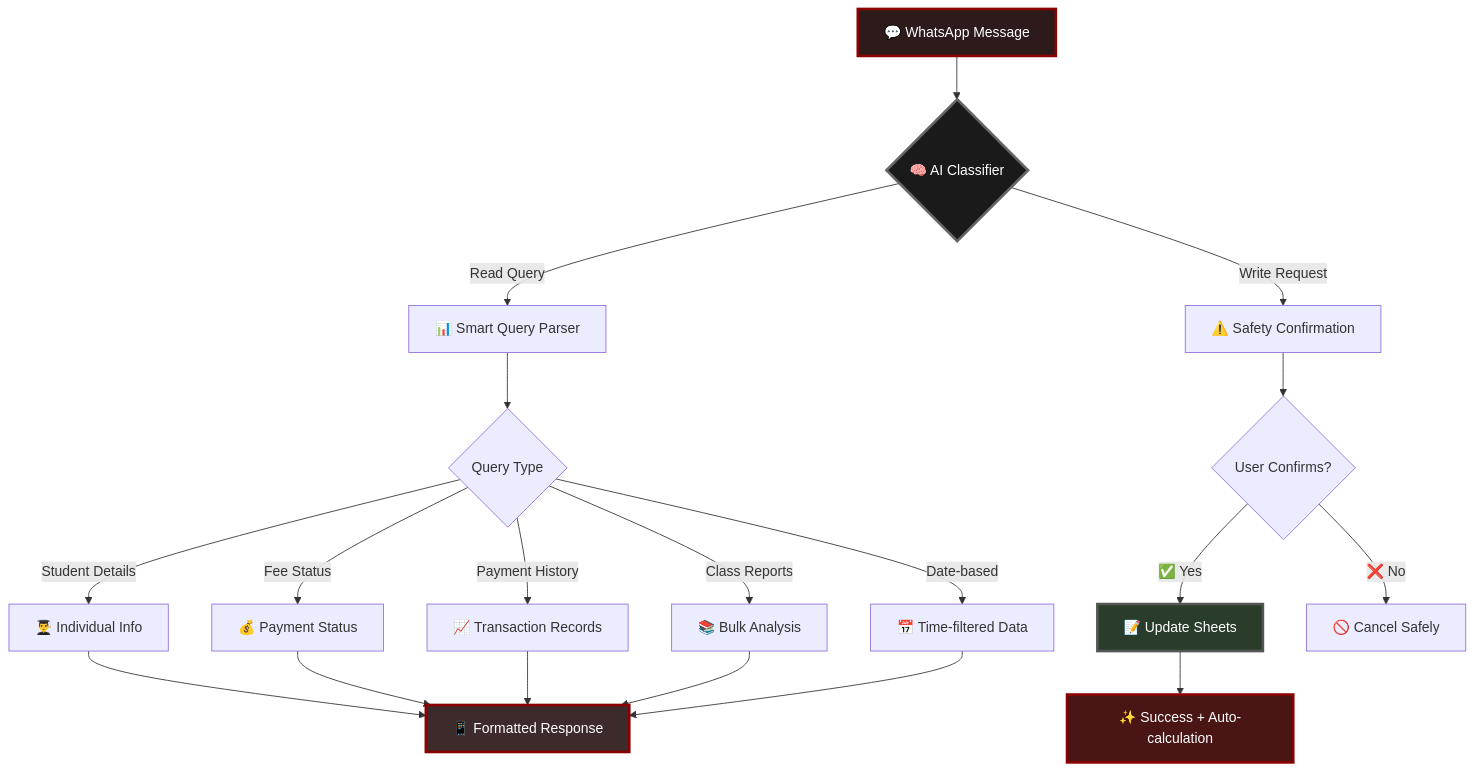
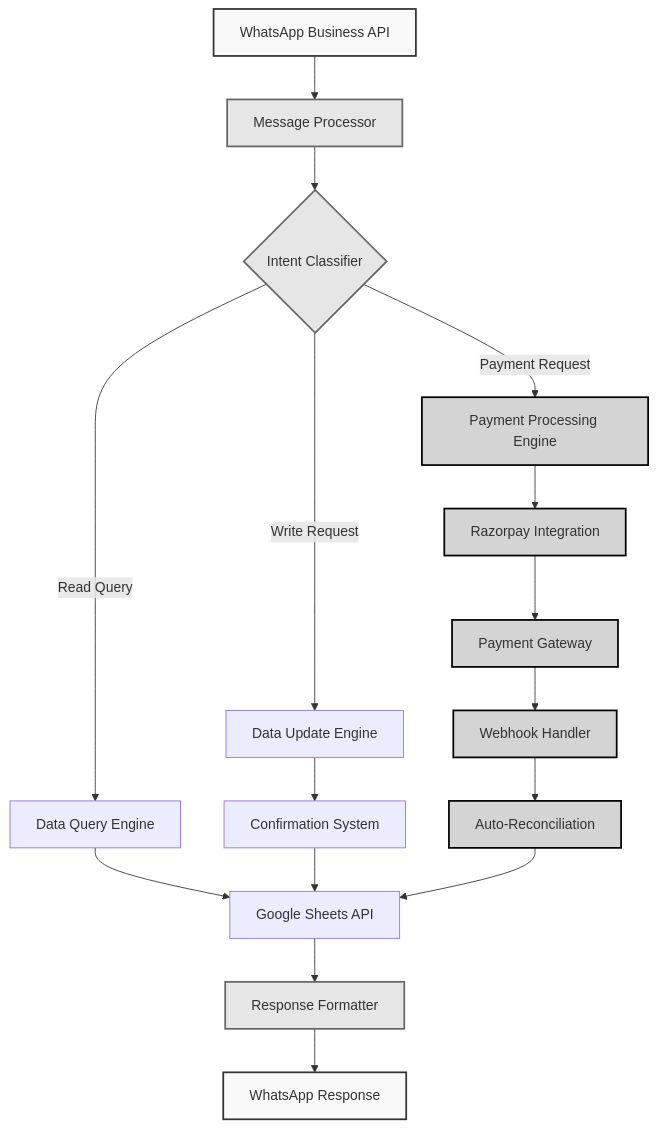
The first of 4 diagrams in README.md (yassshhhh22/Chat2Sheet), drawn with Mermaid before and after one commit. The commit also changed other lines of this file and 2 other files, not shown here.

````diff
--- a/README.md
+++ b/README.md
@@ -46,27 +35,26 @@
 ```mermaid
 graph TD
-    A[💬 WhatsApp Message] --> B{🧠 AI Classifier}
-    B -->|Read Query| C[📊 Smart Query Parser]
-    B -->|Write Request| D[⚠️ Safety Confirmation]
-    C --> E{Query Type}
-    E -->|Student Details| F[👨‍🎓 Individual Info]
-    E -->|Fee Status| G[💰 Payment Status]
-    E -->|Payment History| H[📈 Transaction Records]
-    E -->|Class Reports| I[📚 Bulk Analysis]
-    E -->|Date-based| J[📅 Time-filtered Data]
-    D --> K{User Confirms?}
-    K -->|✅ Yes| L[📝 Update Sheets]
-    K -->|❌ No| M[🚫 Cancel Safely]
-    F --> N[📱 Formatted Response]
-    G --> N
-    H --> N
-    I --> N
-    J --> N
-    L --> O[✨ Success + Auto-calculation]
+    A[WhatsApp Business API] --> B[Message Processor]
+    B --> C{Intent Classifier}
+    C -->|Read Query| D[Data Query Engine]
+    C -->|Write Request| E[Data Update Engine]
+    C -->|Payment Request| F[Payment Processing Engine]
+    D --> G[Google Sheets API]
+    E --> H[Confirmation System]
+    F --> I[Razorpay Integration]
+    H --> G
+    I --> J[Payment Gateway]
+    J --> K[Webhook Handler]
+    K --> L[Auto-Reconciliation]
+    L --> G
+    G --> M[Response Formatter]
+    M --> N[WhatsApp Response]
 
-    style A fill:#2d1b1b,stroke:#8b0000,stroke-width:3px,color:#fff
-    style B fill:#1a1a1a,stroke:#666,stroke-width:3px,color:#fff
-    style N fill:#3d2a2a,stroke:#8b0000,stroke-width:3px,color:#fff
-    style O fill:#4a1515,stroke:#8b0000,stroke-width:3px,color:#fff
-    style L fill:#2a3d2a,stroke:#555,stroke-width:3px,color:#fff
+    classDef primary fill:#f9f9f9,stroke:#333,stroke-width:2px
+    classDef secondary fill:#e6e6e6,stroke:#666,stroke-width:2px
+    classDef payment fill:#d4d4d4,stroke:#000,stroke-width:2px
+
+    class A,N primary
+    class B,C,M secondary
+    class F,I,J,K,L payment
 ```
````
